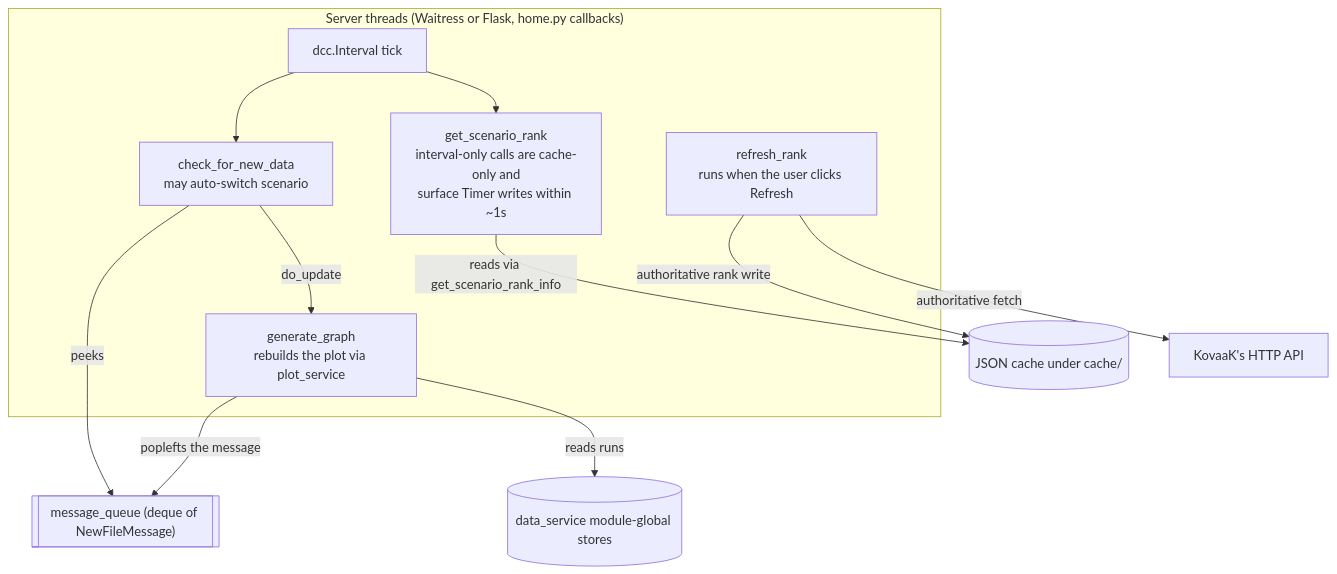
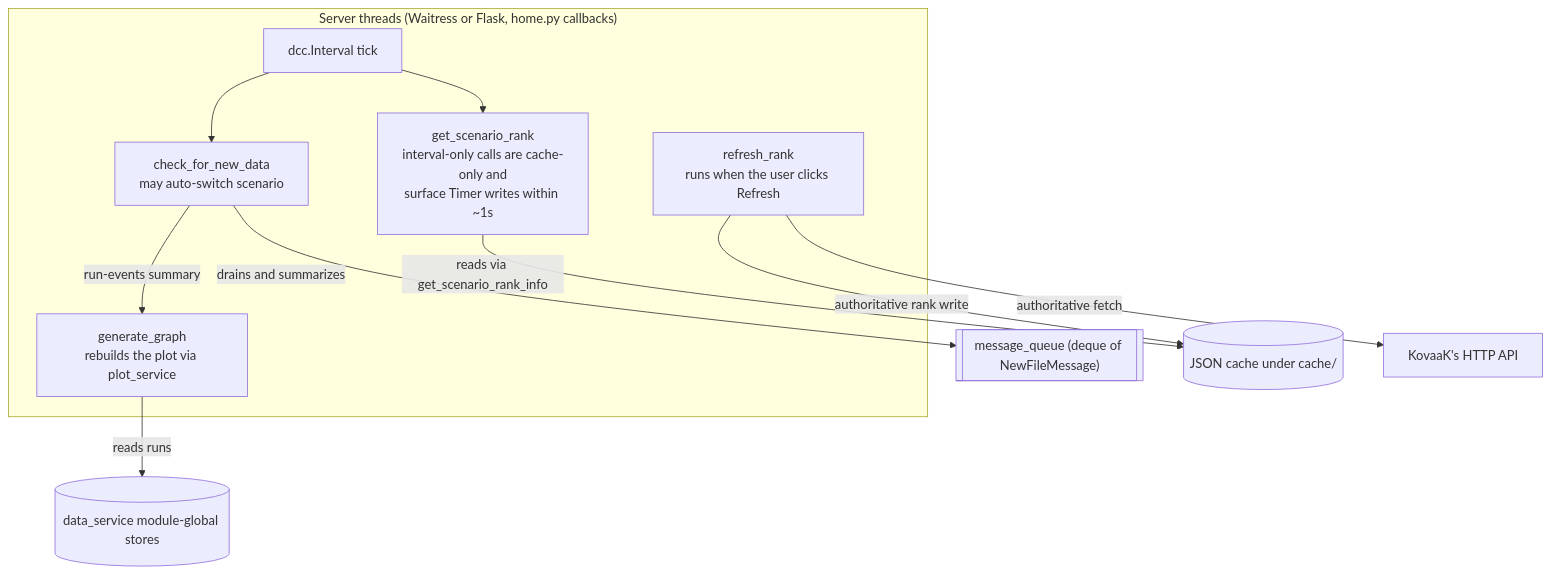
Before and after one commit to MingoDynasty/Corporate-Serf-Dashboard: the second of 3 diagrams in docs/architecture.md, drawn with Mermaid. The commit also changed other lines of this file and 10 other files, not shown here.

Commit message:
Coalesce pending Home run events

````diff
--- a/docs/architecture.md
+++ b/docs/architecture.md
@@ -62,25 +62,24 @@
 ```mermaid
 flowchart TD
     subgraph Server["Server threads (Waitress or Flask, home.py callbacks)"]
         Tick["dcc.Interval tick"]
         Check["check_for_new_data<br/>may auto-switch scenario"]
         Graph["generate_graph<br/>rebuilds the plot via plot_service"]
         Rank["get_scenario_rank<br/>interval-only calls are cache-only and<br/>surface Timer writes within ~1s"]
         Refresh["refresh_rank<br/>runs when the user clicks Refresh"]
         Tick --> Check
-        Check -->|"do_update"| Graph
+        Check -->|"run-events summary"| Graph
         Tick --> Rank
     end
 
     Queue[["message_queue (deque of NewFileMessage)"]]
     Stores[("data_service module-global stores")]
     Cache[("JSON cache under cache/")]
     API["KovaaK's HTTP API"]
 
-    Check -->|"peeks"| Queue
-    Graph -->|"poplefts the message"| Queue
+    Check -->|"drains and summarizes"| Queue
     Graph -->|"reads runs"| Stores
     Rank -->|"reads via get_scenario_rank_info"| Cache
     Refresh -->|"authoritative fetch"| API
     Refresh -->|"authoritative rank write"| Cache
 ```
````
